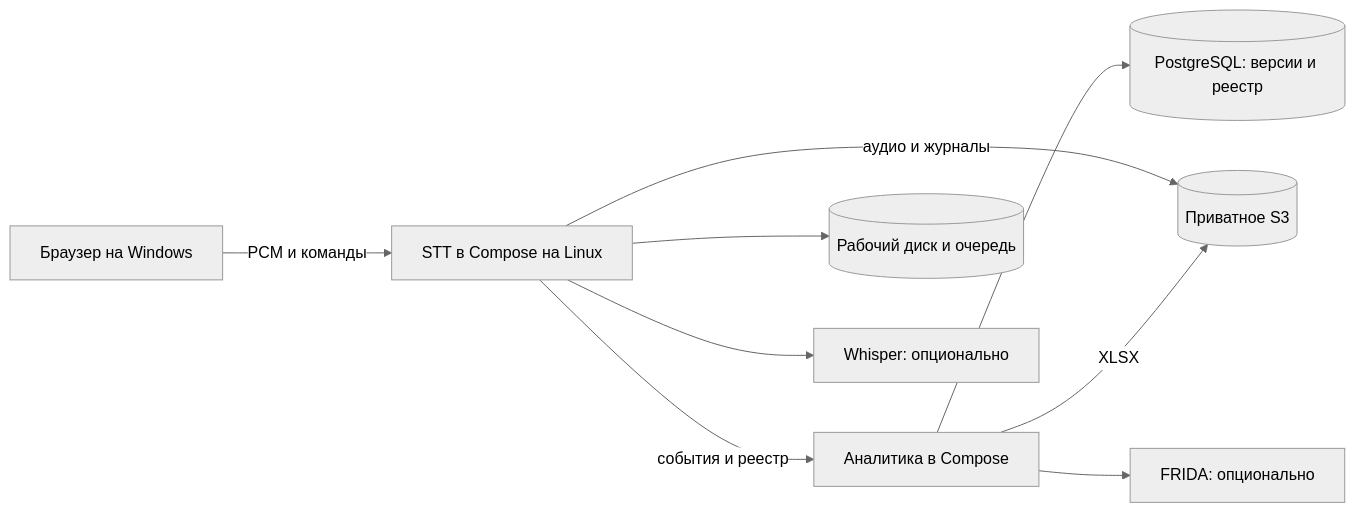
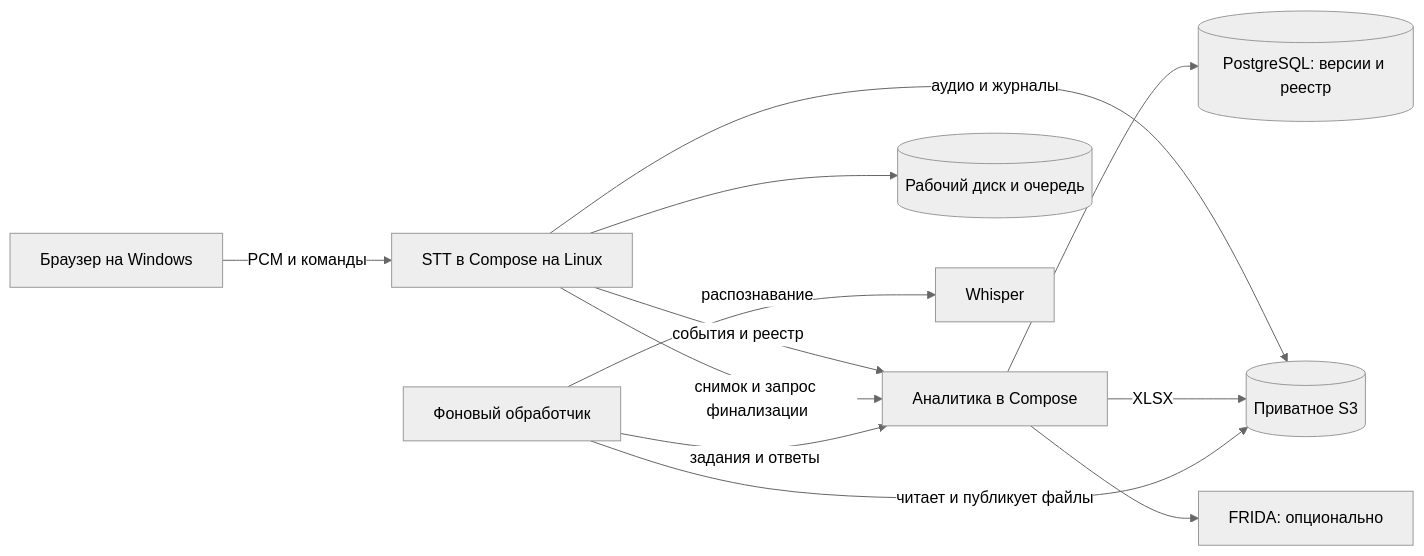
One commit to ArtemSorin/stt-platform changed the diagram in README.md. Above: the diagram before and after it, drawn with Mermaid (neutral theme). The commit also changed other lines of this file and 60 other files, not shown here.

````diff
--- a/README.md
+++ b/README.md
@@ -28,11 +29,14 @@
 ```mermaid
 flowchart LR
     Browser[Браузер на Windows] -->|PCM и команды| STT[STT в Compose на Linux]
     STT -->|события и реестр| Analytics[Аналитика в Compose]
     Analytics --> DB[(PostgreSQL: версии и реестр)]
     STT -->|аудио и журналы| S3[(Приватное S3)]
     Analytics -->|XLSX| S3
     STT --> Disk[(Рабочий диск и очередь)]
-    STT --> Whisper[Whisper: опционально]
+    STT -->|снимок и запрос финализации| Analytics
+    Worker[Фоновый обработчик] -->|задания и ответы| Analytics
+    Worker -->|читает и публикует файлы| S3
+    Worker -->|распознавание| Whisper[Whisper]
     Analytics --> FRIDA[FRIDA: опционально]
 ```
````
